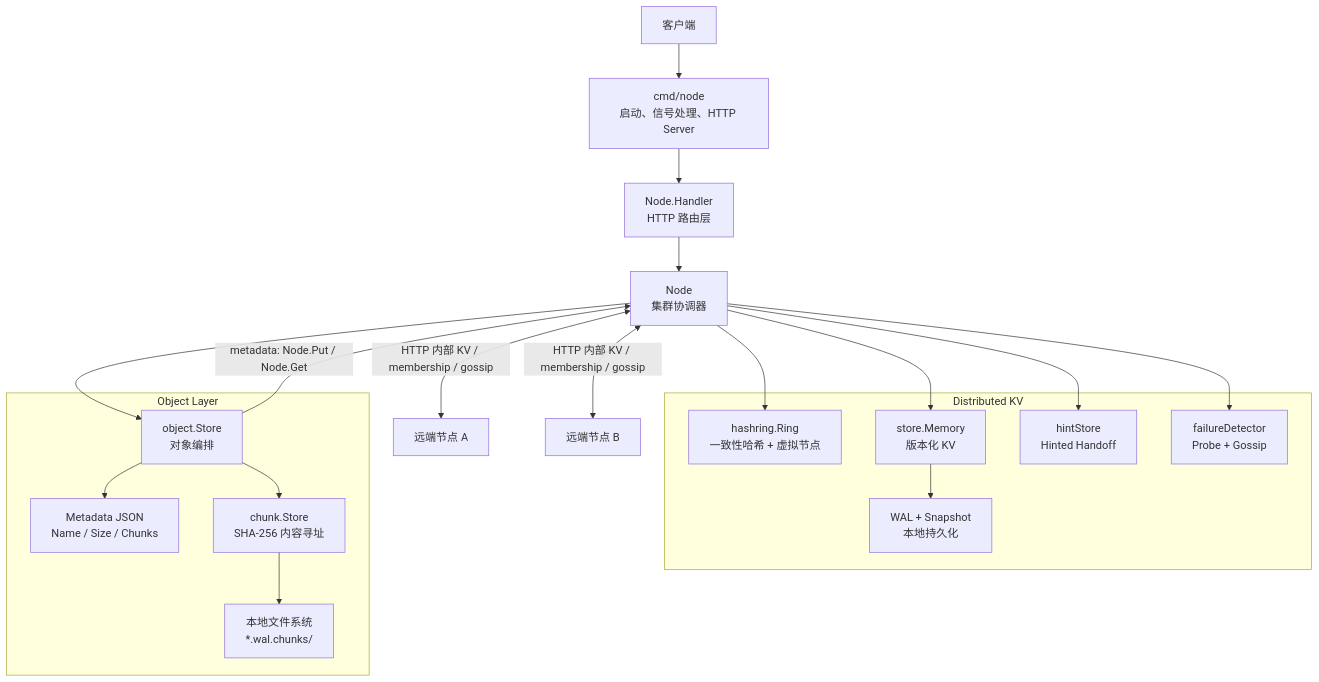
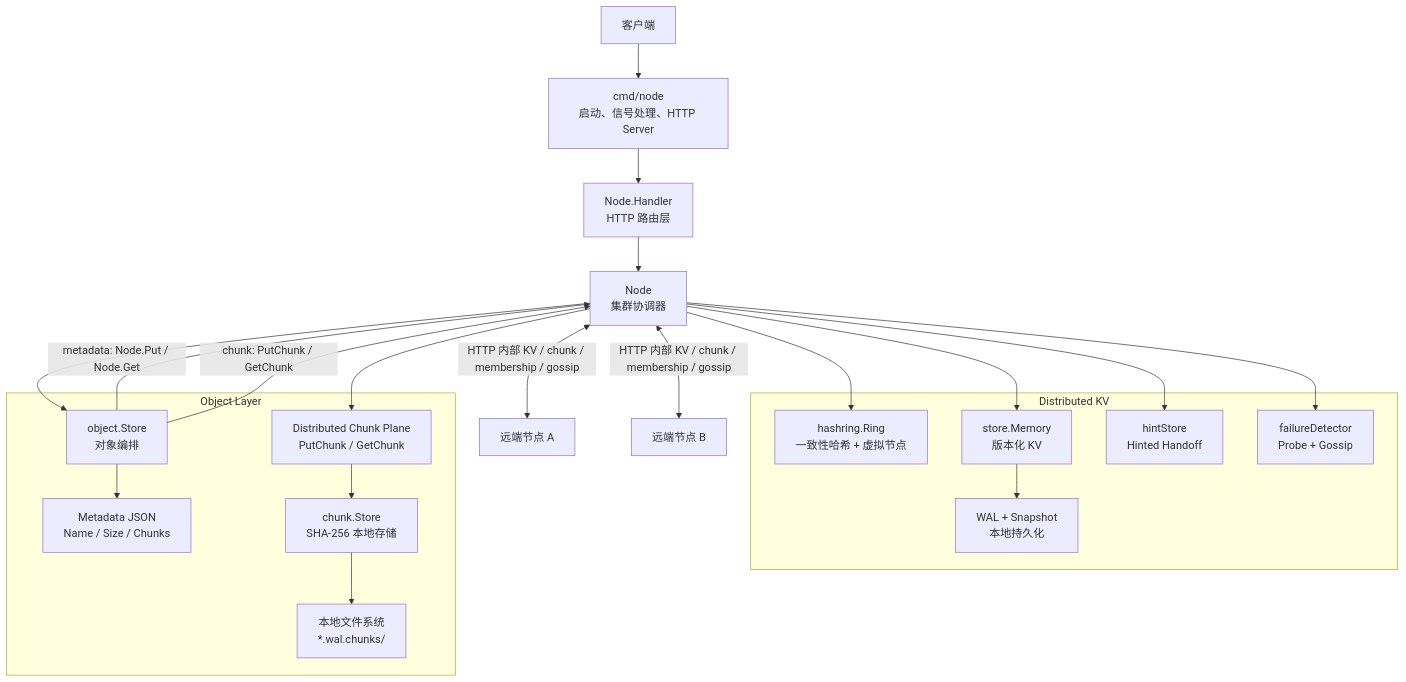
Before and after one commit to huanzichen00/minidist: the first of 9 diagrams in ARCHITECTURE.md, drawn with Mermaid. The commit also changed other lines of this file, not shown here.

````diff
--- a/ARCHITECTURE.md
+++ b/ARCHITECTURE.md
@@ -7,41 +7,44 @@
 ```mermaid
 flowchart TB
     Client[客户端]
     Main[cmd/node\n启动、信号处理、HTTP Server]
     Handler[Node.Handler\nHTTP 路由层]
     Node[Node\n集群协调器]
 
     subgraph KV[Distributed KV]
         Ring[hashring.Ring\n一致性哈希 + 虚拟节点]
         Store[store.Memory\n版本化 KV]
         WAL[WAL + Snapshot\n本地持久化]
         Hints[hintStore\nHinted Handoff]
         FD[failureDetector\nProbe + Gossip]
     end
 
     subgraph Object[Object Layer]
         ObjStore[object.Store\n对象编排]
         Meta[Metadata JSON\nName / Size / Chunks]
-        ChunkStore[chunk.Store\nSHA-256 内容寻址]
+        ChunkPlane[Distributed Chunk Plane\nPutChunk / GetChunk]
+        ChunkStore[chunk.Store\nSHA-256 本地存储]
         ChunkFS[本地文件系统\n*.wal.chunks/]
     end
 
     Peer1[远端节点 A]
     Peer2[远端节点 B]
 
     Client --> Main --> Handler --> Node
 
     Node --> Ring
     Node --> Store
     Store --> WAL
     Node --> Hints
     Node --> FD
 
     Node --> ObjStore
     ObjStore -->|metadata: Node.Put / Node.Get| Node
     ObjStore --> Meta
-    ObjStore --> ChunkStore --> ChunkFS
+    ObjStore -->|chunk: PutChunk / GetChunk| Node
+    Node --> ChunkPlane
+    ChunkPlane --> ChunkStore --> ChunkFS
 
-    Node <-->|HTTP 内部 KV / membership / gossip| Peer1
-    Node <-->|HTTP 内部 KV / membership / gossip| Peer2
+    Node <-->|HTTP 内部 KV / chunk / membership / gossip| Peer1
+    Node <-->|HTTP 内部 KV / chunk / membership / gossip| Peer2
 ```
````
